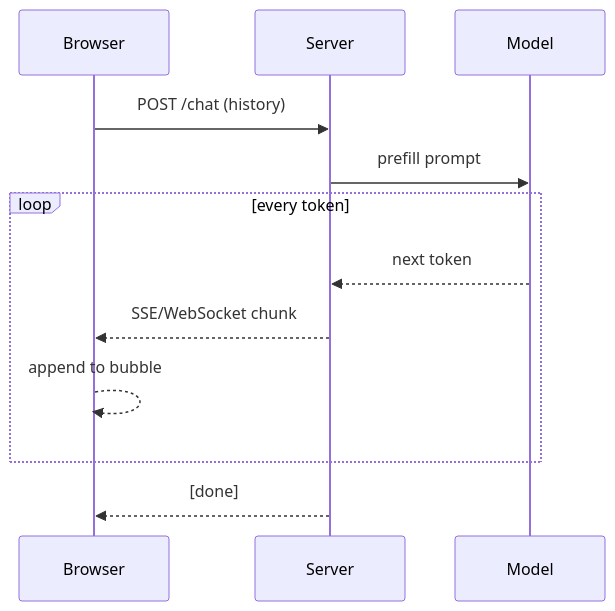
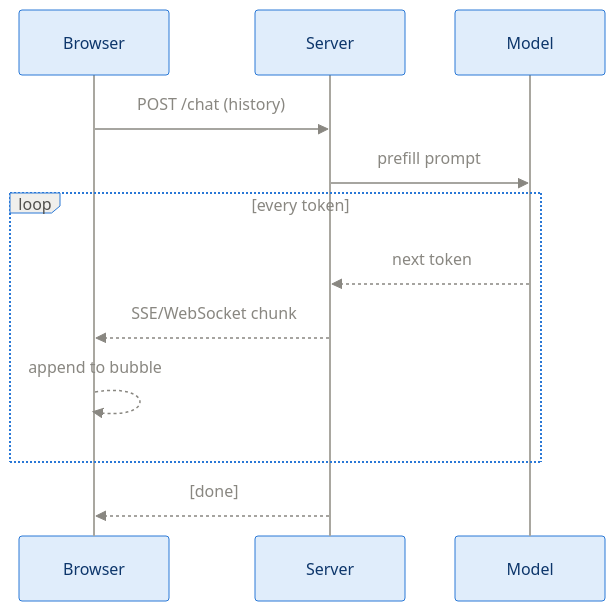
Before and after one commit to sudhanshu-shivam-dev/reasoning_model_from_scratch: the second of 3 diagrams in study_guide/appendix_chat_interface.md, drawn with Mermaid. The commit also changed other lines of this file and 14 other files, not shown here.

First line of the commit message:
Restyle all 54 diagrams: consistent palette, semantic colors, better spacing

````diff
--- a/study_guide/appendix_chat_interface.md
+++ b/study_guide/appendix_chat_interface.md
@@ -59,14 +64,15 @@
 ```mermaid
+%%{init: {"theme":"base","themeVariables":{"actorBkg":"#e0edfb","actorBorder":"#2a78d6","actorTextColor":"#0d366b","actorLineColor":"#a9a7a0","signalColor":"#898781","signalTextColor":"#898781","noteBkgColor":"#fdf0d1","noteTextColor":"#6b4a00","noteBorderColor":"#eda100","labelBoxBkgColor":"#f0efec","labelTextColor":"#52514e","loopTextColor":"#898781"}}}%%
 sequenceDiagram
     participant B as Browser
     participant S as Server
     participant M as Model
     B->>S: POST /chat (history)
     S->>M: prefill prompt
     loop every token
         M-->>S: next token
         S-->>B: SSE/WebSocket chunk
         B-->>B: append to bubble
     end
     S-->>B: [done]
 ```
````
